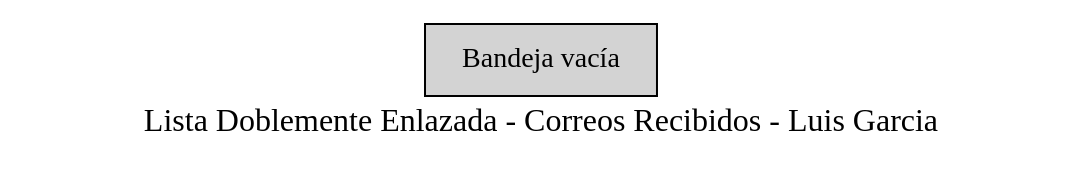
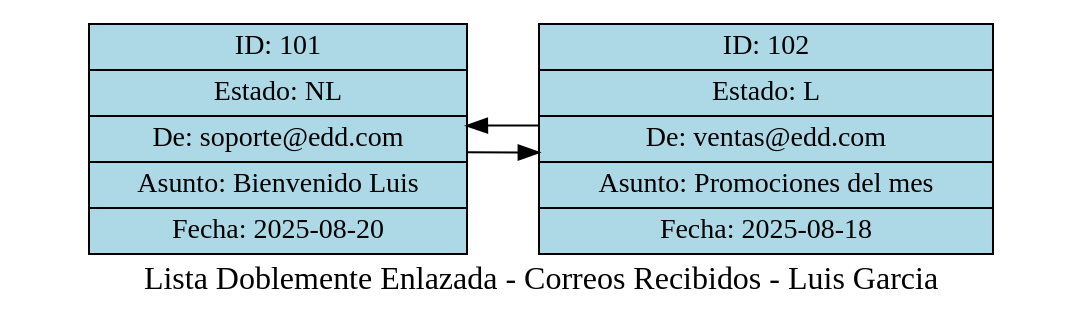
One commit to JoseArt777/-EDD-1S2025_202100305 changed the diagram in Fase1/src/lgarcia-Reportes/correos_recibidos_lgarcia.dot. Above: the diagram before and after it, drawn with Graphviz. The commit also changed 9 other files, not shown here.

```diff
--- a/Fase1/src/lgarcia-Reportes/correos_recibidos_lgarcia.dot
+++ b/Fase1/src/lgarcia-Reportes/correos_recibidos_lgarcia.dot
@@ -1,7 +1,10 @@
 digraph G {
     label="Lista Doblemente Enlazada - Correos Recibidos - Luis Garcia";
     fontsize=16;
     rankdir=LR;
     node [shape=record, style=filled];
-    empty [label="Bandeja vacía", fillcolor=lightgray];
+    correo_101 [label="ID: 101|Estado: NL|De: soporte@edd.com|Asunto: Bienvenido Luis|Fecha: 2025-08-20", fillcolor=lightblue];
+    correo_101 -> correo_102;
+    correo_102 -> correo_101;
+    correo_102 [label="ID: 102|Estado: L|De: ventas@edd.com|Asunto: Promociones del mes|Fecha: 2025-08-18", fillcolor=lightblue];
 }
```
